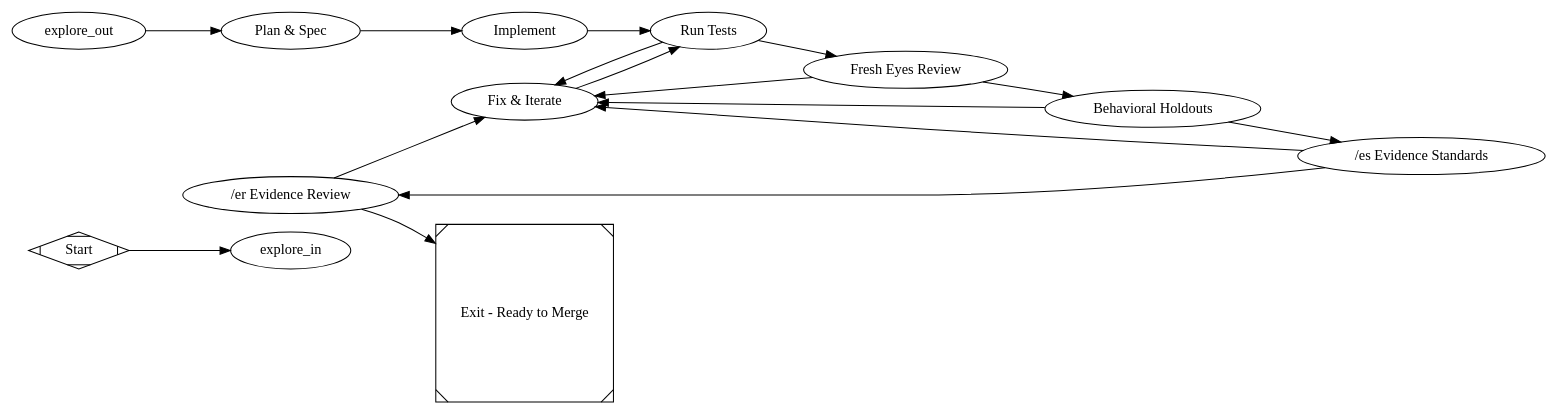
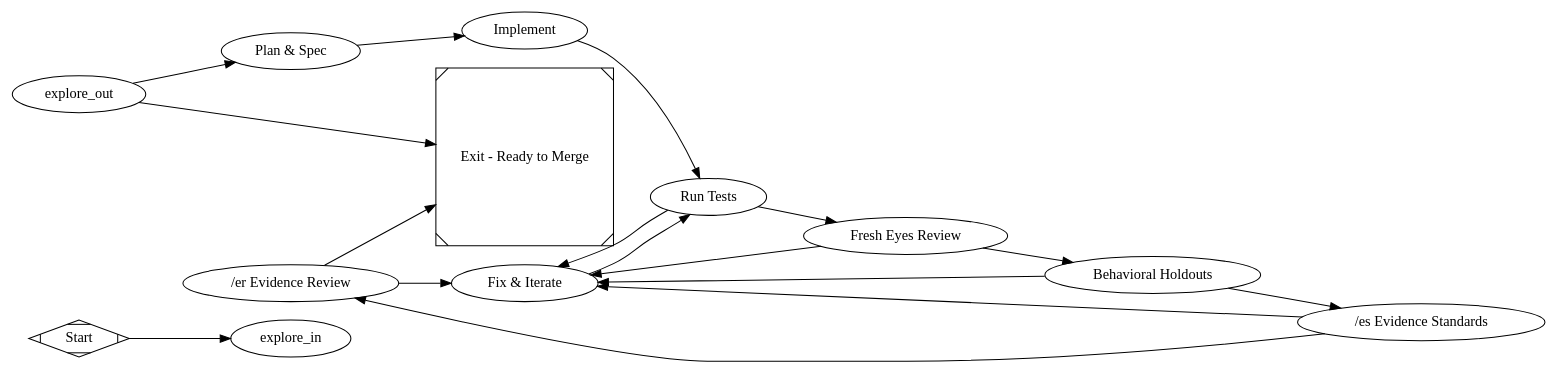
One commit to jleechanorg/dark-factory changed the diagram in pipelines/slim/minimal_feature.dot. Above: the diagram before and after it, drawn with Graphviz. The commit also changed 5 other files, not shown here.

Commit message:
[antig] feat(explore): add early-exit edge to exit when goal is infeasible

```diff
--- a/pipelines/slim/minimal_feature.dot
+++ b/pipelines/slim/minimal_feature.dot
@@ -1,100 +1,101 @@
 digraph MinimalFeatureFactory {
   graph [
     include="@pipelines/_base.dot",
     goal="Implement a production-ready feature that passes tests, review, and behavioral holdouts"
     rankdir=LR
     model_stylesheet="minimal_feature.model.css"
   ]
 
   start [shape=Mdiamond, label="Start"]
   exit  [shape=Msquare, label="Exit - Ready to Merge"]
 
   // _base.dot provides: explore_in, explore_fanout, explore_{concept,auth,
   // reuse,risks}, explore_join, explore_out.
 
   plan [
     type="codergen",
     label="Plan & Spec",
     class="plan",
     prompt="@prompts/slim/plan.md"
   ]
 
   implement [
     type="codergen",
     label="Implement",
     class="implement",
     prompt="@prompts/slim/implement.md",
     max_retries=2
   ]
 
   test [
     type="tool",
     label="Run Tests",
     command="${state.slim.test_command}",
     validation=true,
     goal_gate=true,
     timeout=600,
     retry_target="fix"
   ]
 
   review [
     type="codergen",
     label="Fresh Eyes Review",
     class="review",
     prompt="@prompts/slim/review.md",
     goal_gate=true,
     retry_target="fix"
   ]
 
   holdout [
     type="holdout_eval",
     label="Behavioral Holdouts",
     validation=true,
     goal_gate=true,
     timeout=600,
     retry_target="fix"
   ]
 
   gate_es [
     type="gate_es",
     label="/es Evidence Standards",
     timeout=600
   ]
 
   gate_er [
     type="gate_er",
     label="/er Evidence Review",
     timeout=600
   ]
 
   fix [
     type="codergen",
     label="Fix & Iterate",
     class="fix",
     prompt="@prompts/slim/fix.md",
     max_retries=2,
     max_visits="3"
   ]
 
   start -> explore_in
-  explore_out -> plan
+  explore_out -> plan [condition="outcome!=early_exit"]
+  explore_out -> exit [condition="outcome=early_exit"]
   plan -> implement
   implement -> test
 
   test -> review [condition="outcome=success"]
   test -> fix [condition="outcome!=success"]
 
   review -> holdout [condition="outcome=success"]
   review -> fix [condition="outcome!=success"]
 
   holdout -> gate_es [condition="outcome=success"]
   holdout -> fix [condition="outcome!=success"]
 
   gate_es -> gate_er [condition="outcome=success"]
   gate_es -> fix [condition="outcome!=success"]
 
   gate_er -> exit [condition="outcome=success"]
   gate_er -> fix [condition="outcome!=success"]
 
   fix -> test
 }
```
